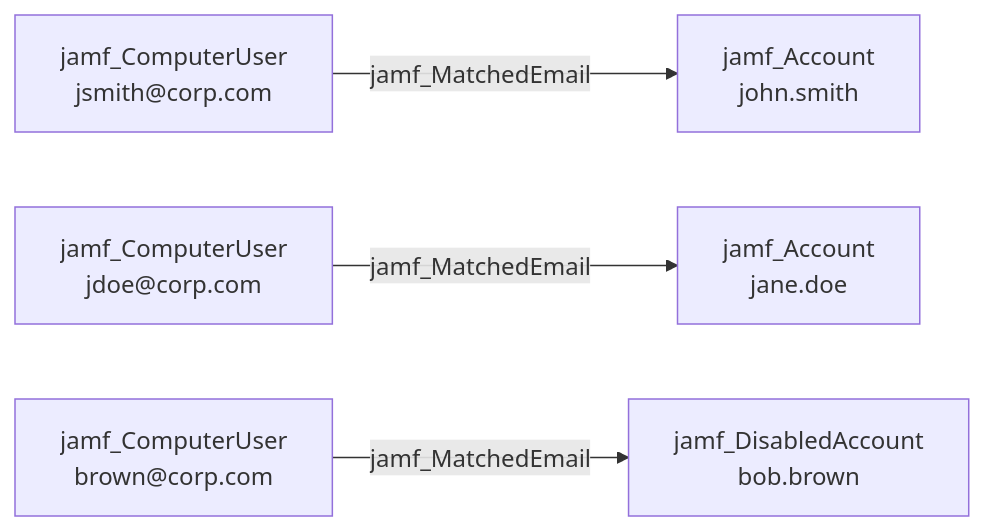
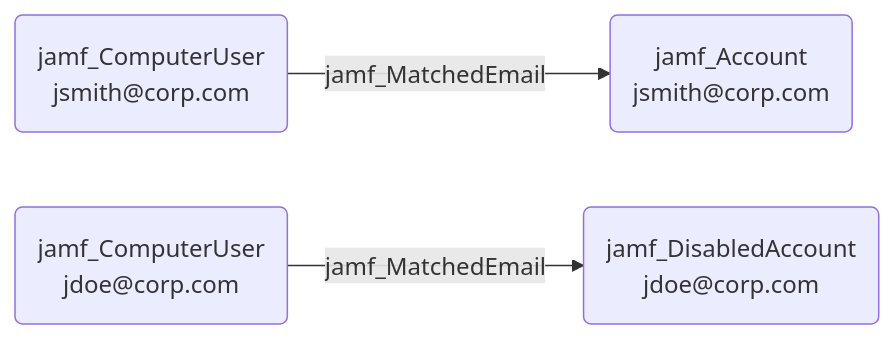
Before and after one commit to SpecterOps/bloodhound-docs: the diagram in docs/opengraph/extensions/jamfhound/reference/edges/jamf_matchedemail.mdx, drawn with Mermaid. The commit also changed 33 other files, not shown here.

Commit message:
Updated documentation with revised mermaid diagrams

````diff
--- a/docs/opengraph/extensions/jamfhound/reference/edges/jamf_matchedemail.mdx
+++ b/docs/opengraph/extensions/jamfhound/reference/edges/jamf_matchedemail.mdx
@@ -18,6 +18,13 @@
 ```mermaid
 graph LR
-    A["jamf_ComputerUser\njsmith@corp.com"] -->|jamf_MatchedEmail| B["jamf_Account\njohn.smith"]
-    C["jamf_ComputerUser\njdoe@corp.com"] -->|jamf_MatchedEmail| D["jamf_Account\njane.doe"]
-    E["jamf_ComputerUser\nbrown@corp.com"] -->|jamf_MatchedEmail| F["jamf_DisabledAccount\nbob.brown"]
+    A("jamf_ComputerUser
+jsmith@corp.com")
+    B("jamf_Account
+jsmith@corp.com")
+    C("jamf_ComputerUser
+jdoe@corp.com")
+    D("jamf_DisabledAccount
+jdoe@corp.com")
+    A -- jamf_MatchedEmail --> B
+    C -- jamf_MatchedEmail --> D
 ```
````
